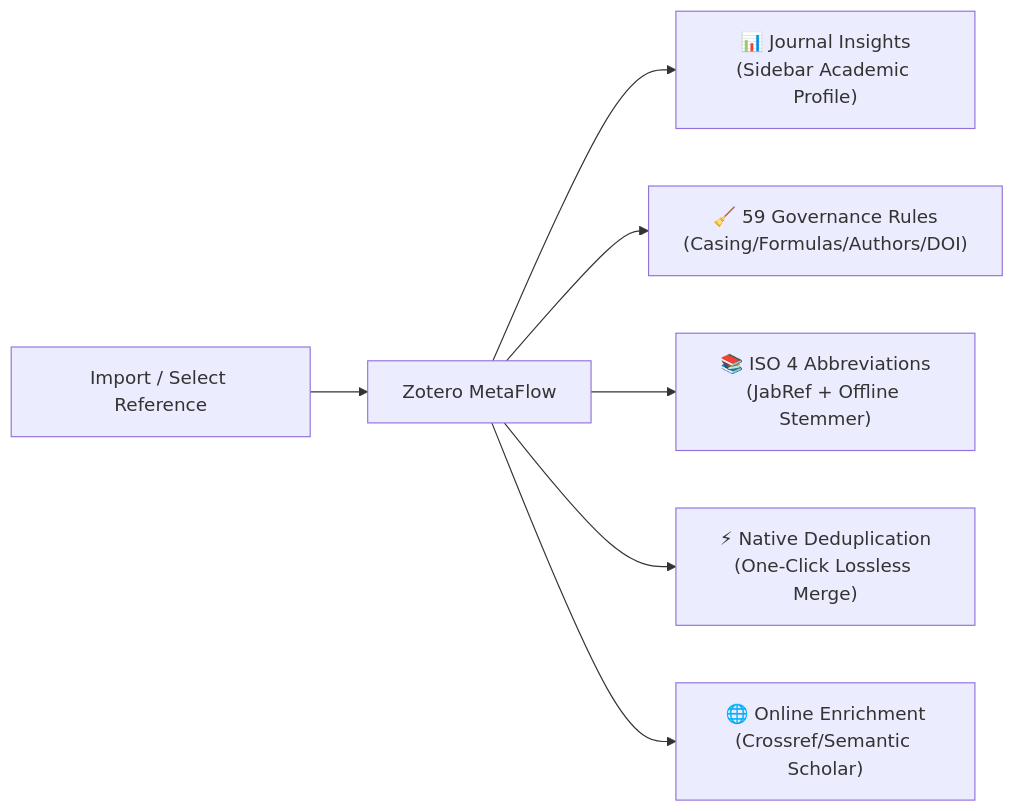
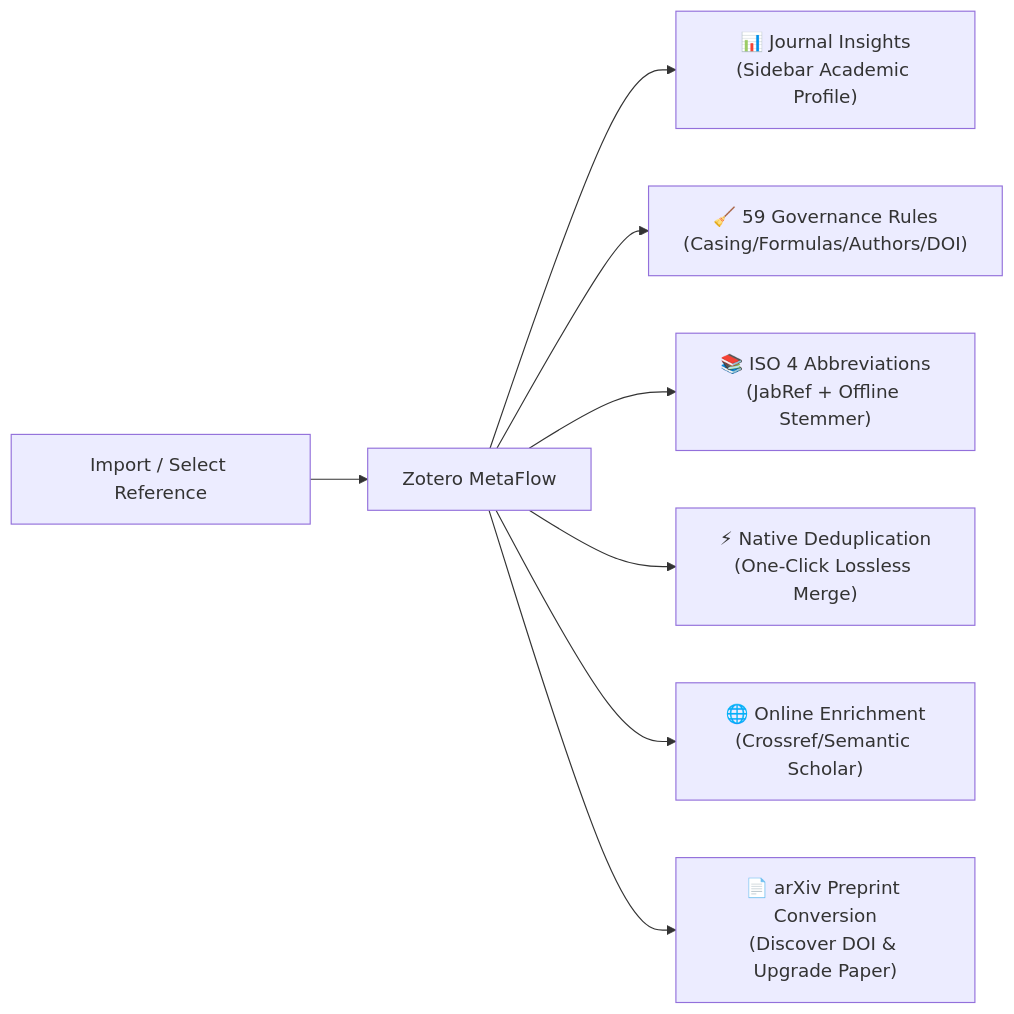
The diagram in README.en.md (groele/MetaRef-for-Zotero), drawn with Mermaid before and after one commit. The commit also changed other lines of this file and 14 other files, not shown here.

Commit message:
feat(preprint): integrate arXiv workflow preprint conversion highlight and release v13.0.3

````diff
--- a/README.en.md
+++ b/README.en.md
@@ -33,9 +33,10 @@
 ```mermaid
 graph LR
     A["Import / Select Reference"] --> B["Zotero MetaFlow"]
     B --> C["📊 Journal Insights<br/>(Sidebar Academic Profile)"]
     B --> D["🧹 59 Governance Rules<br/>(Casing/Formulas/Authors/DOI)"]
     B --> E["📚 ISO 4 Abbreviations<br/>(JabRef + Offline Stemmer)"]
     B --> F["⚡ Native Deduplication<br/>(One-Click Lossless Merge)"]
     B --> G["🌐 Online Enrichment<br/>(Crossref/Semantic Scholar)"]
+    B --> H["📄 arXiv Preprint Conversion<br/>(Discover DOI & Upgrade Paper)"]
 ```
````
